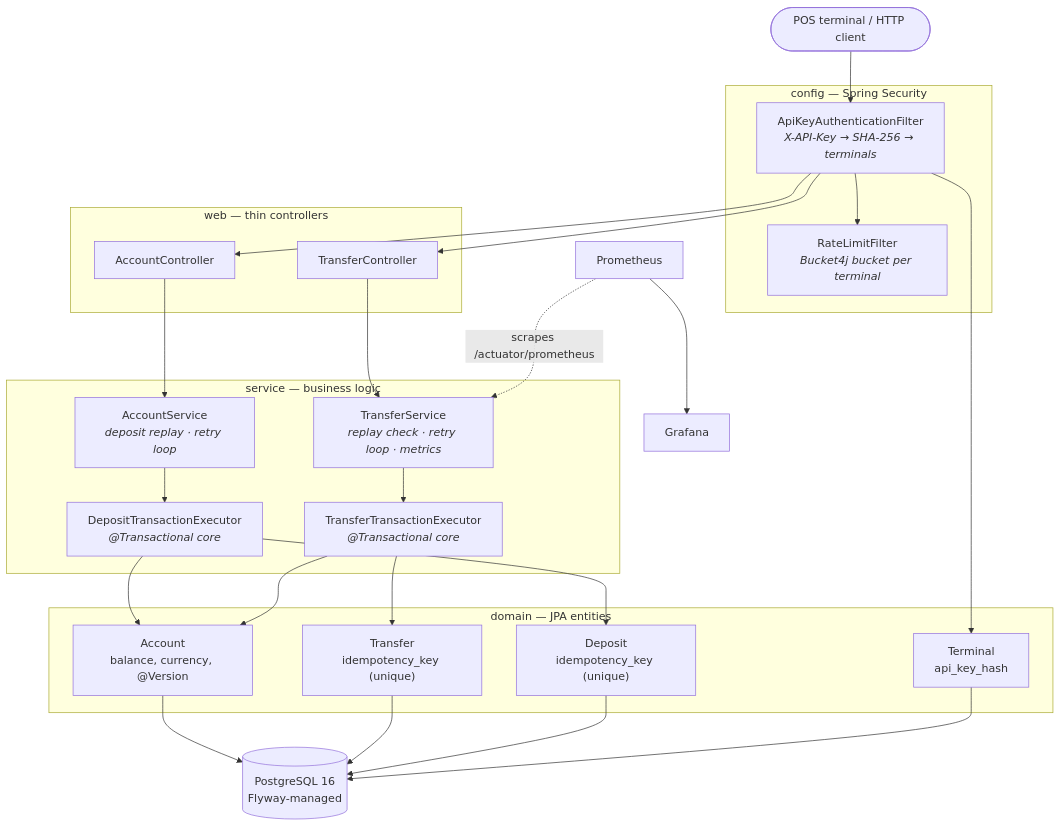
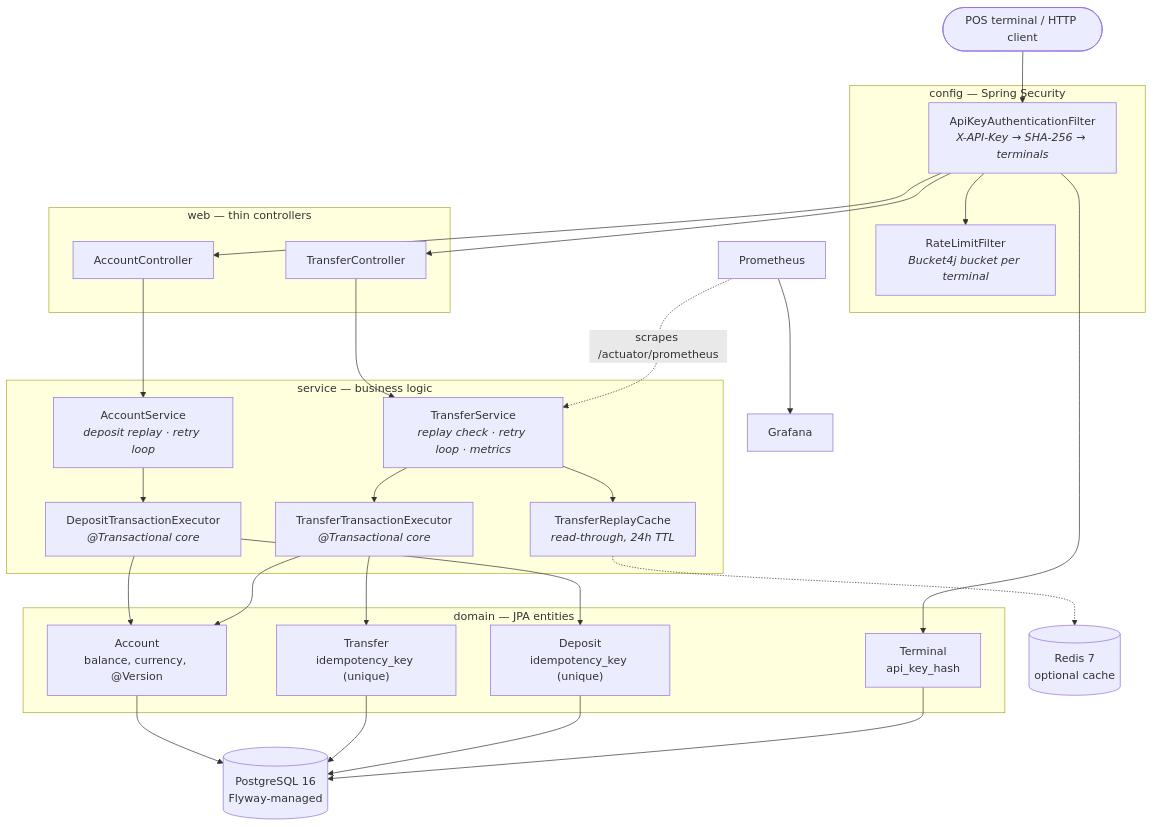
One commit to viache25/transfer-api changed the second of 3 diagrams in README.md. Above: the diagram before and after it, drawn with Mermaid. The commit also changed other lines of this file and 1 other file, not shown here.

First line of the commit message:
docs: polish README status, roadmap and architecture diagram (#24)

````diff
--- a/README.md
+++ b/README.md
@@ -109,39 +109,42 @@
 ```mermaid
 flowchart TB
     Client([POS terminal / HTTP client])
 
     subgraph security ["config — Spring Security"]
         F["ApiKeyAuthenticationFilter<br/><i>X-API-Key → SHA-256 → terminals</i>"]
         RL["RateLimitFilter<br/><i>Bucket4j bucket per terminal</i>"]
         F --> RL
     end
 
     subgraph web ["web — thin controllers"]
         AC[AccountController]
         TC[TransferController]
     end
 
     subgraph service ["service — business logic"]
         AS["AccountService<br/><i>deposit replay · retry loop</i>"]
         DX["DepositTransactionExecutor<br/><i>@Transactional core</i>"]
         TS["TransferService<br/><i>replay check · retry loop · metrics</i>"]
         TX["TransferTransactionExecutor<br/><i>@Transactional core</i>"]
+        RC["TransferReplayCache<br/><i>read-through, 24h TTL</i>"]
     end
 
     subgraph domain ["domain — JPA entities"]
         ACC["Account<br/>balance, currency, @Version"]
         TRF["Transfer<br/>idempotency_key (unique)"]
         DEP["Deposit<br/>idempotency_key (unique)"]
         TER["Terminal<br/>api_key_hash"]
     end
 
     DB[(PostgreSQL 16<br/>Flyway-managed)]
+    REDIS[(Redis 7<br/>optional cache)]
     PROM[Prometheus] --> GRAF[Grafana]
 
     Client --> F --> AC & TC
     AC --> AS --> DX --> ACC & DEP
     TC --> TS --> TX --> ACC & TRF
+    TS --> RC -.-> REDIS
     F --> TER
     ACC & TRF & DEP & TER --> DB
     PROM -. scrapes /actuator/prometheus .-> TS
 ```
````
